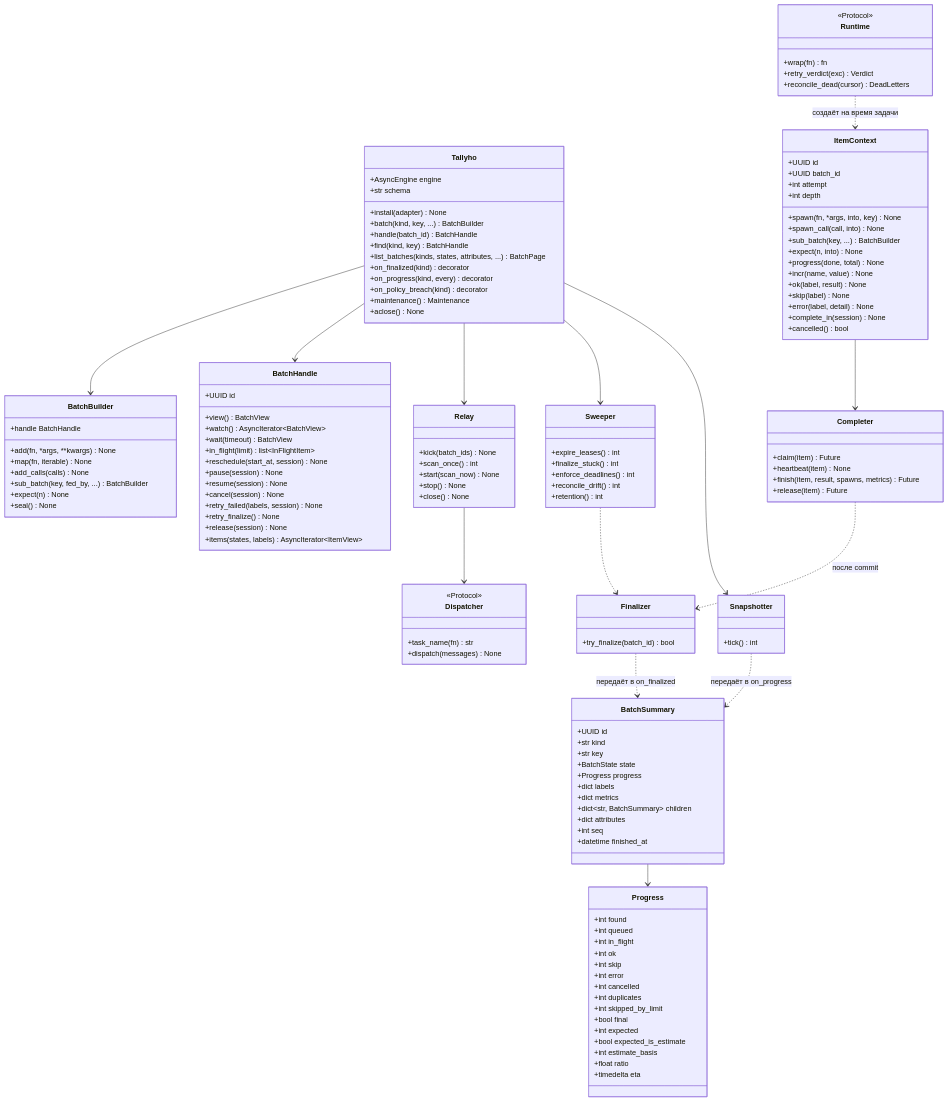
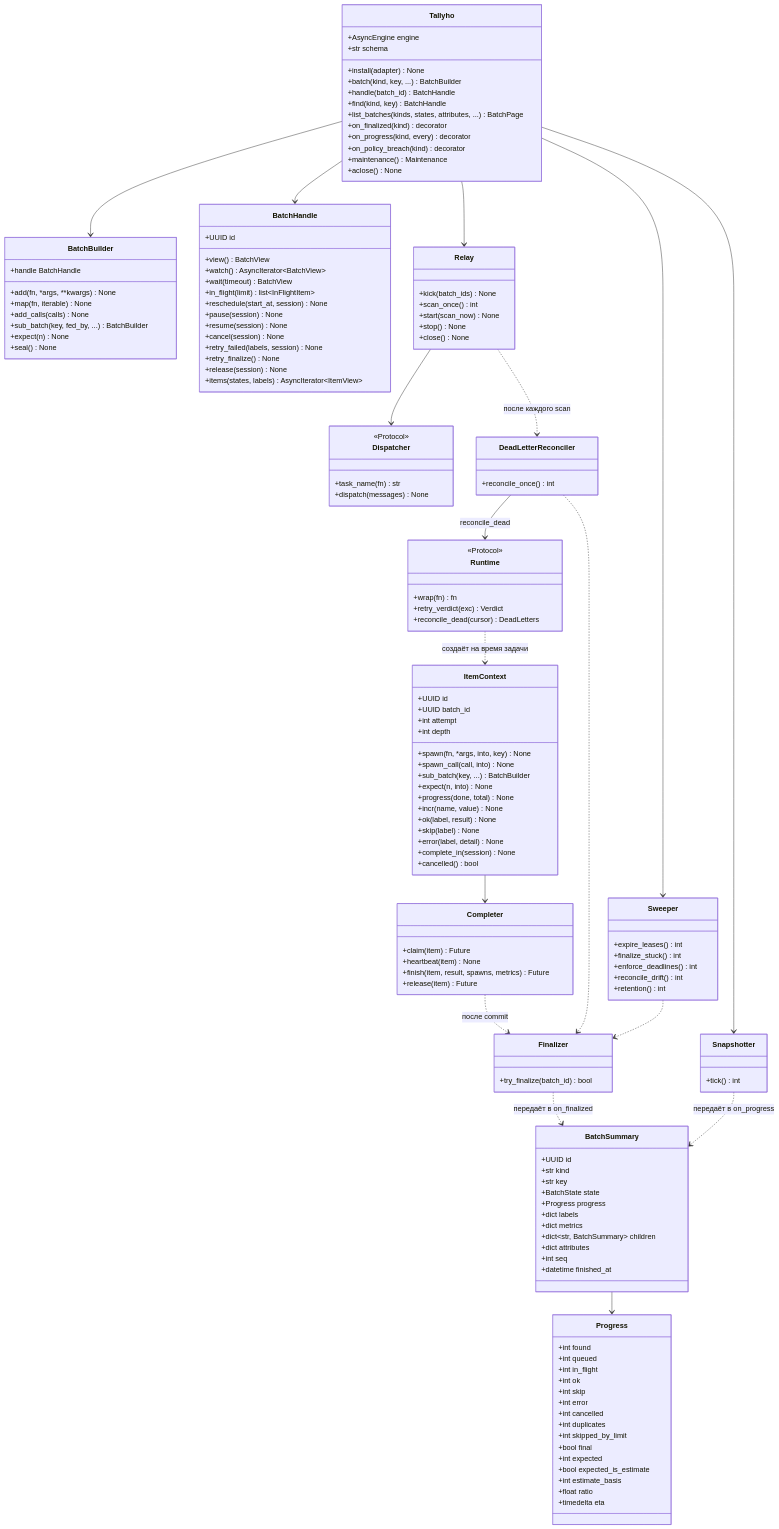
Before and after one commit to 0cherednoq/Tallyho: the fourth of 40 diagrams in docs/ARCHITECTURE.md, drawn with Mermaid. The commit also changed other lines of this file, not shown here.

````diff
--- a/docs/ARCHITECTURE.md
+++ b/docs/ARCHITECTURE.md
@@ -307,6 +308,9 @@
         +reconcile_drift() int
         +retention() int
     }
+    class DeadLetterReconciler {
+        +reconcile_once() int
+    }
     class Dispatcher {
         <<Protocol>>
         +task_name(fn) str
@@ -331,5 +335,8 @@
     BatchSummary --> Progress
     Snapshotter ..> BatchSummary : передаёт в on_progress
     Relay --> Dispatcher
+    Relay ..> DeadLetterReconciler : после каждого scan
+    DeadLetterReconciler --> Runtime : reconcile_dead
+    DeadLetterReconciler ..> Finalizer
     Runtime ..> ItemContext : создаёт на время задачи
 ```
````
